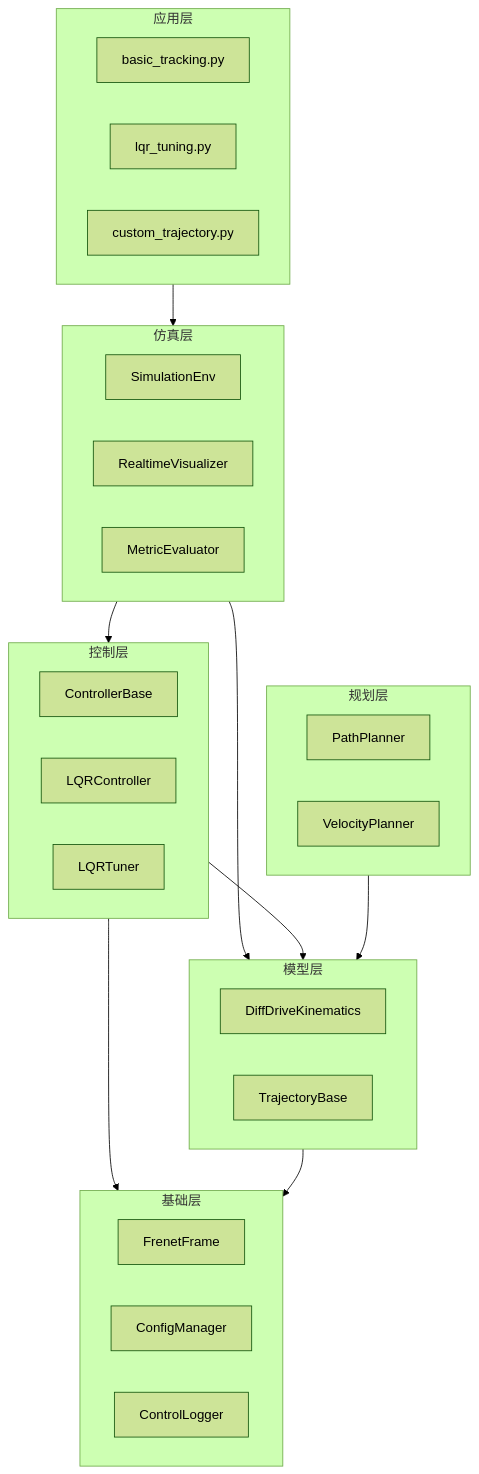
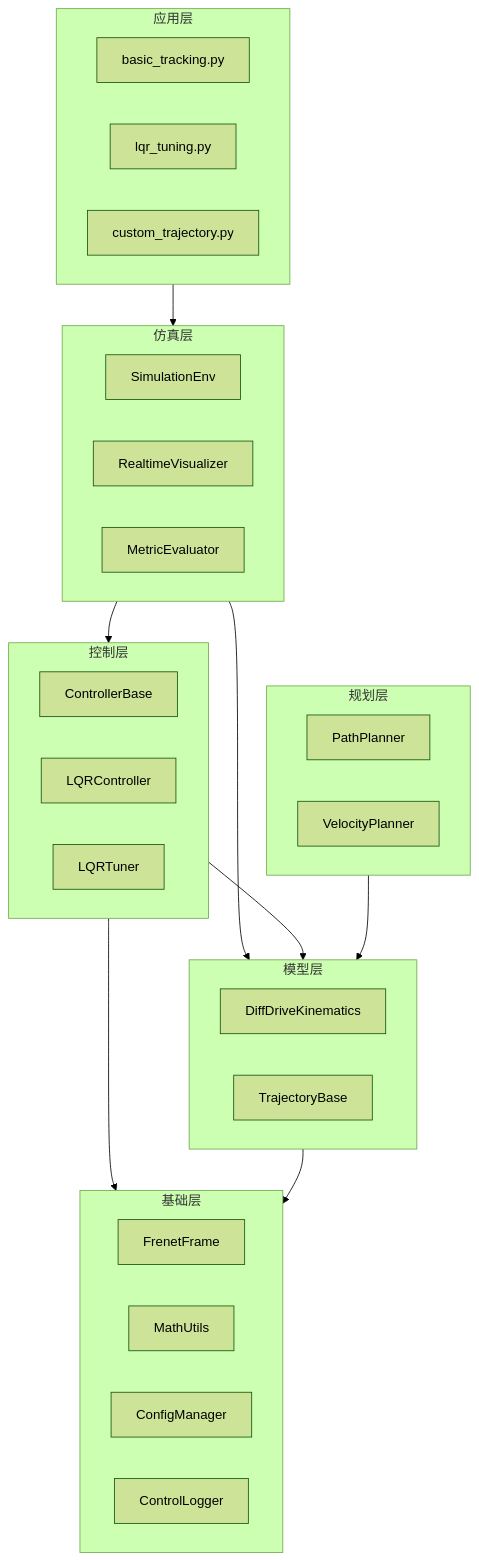
One commit to windyfashion/wheel_project changed the first of 10 diagrams in docs/ARCHITECTURE.md. Above: the diagram before and after it, drawn with Mermaid (forest theme). The commit also changed other lines of this file and 20 other files, not shown here.

````diff
--- a/docs/ARCHITECTURE.md
+++ b/docs/ARCHITECTURE.md
@@ -52,44 +53,45 @@
 ```mermaid
 graph TB
     subgraph Application[应用层]
         EX1[basic_tracking.py]
         EX2[lqr_tuning.py]
         EX3[custom_trajectory.py]
     end
 
     subgraph Simulation[仿真层]
         ENV[SimulationEnv]
         VIS[RealtimeVisualizer]
         MET[MetricEvaluator]
     end
 
     subgraph Control[控制层]
         CTRL[ControllerBase]
         LQR[LQRController]
         TUNER[LQRTuner]
     end
 
     subgraph Planning[规划层]
         PP[PathPlanner]
         VP[VelocityPlanner]
     end
 
     subgraph Model[模型层]
         KIN[DiffDriveKinematics]
         TRAJ[TrajectoryBase]
     end
 
     subgraph Foundation[基础层]
         FREN[FrenetFrame]
+        MATH[MathUtils]
         CFG[ConfigManager]
         LOG[ControlLogger]
     end
 
     Application --> Simulation
     Simulation --> Control
     Simulation --> Model
     Control --> Model
     Control --> Foundation
     Planning --> Model
     Model --> Foundation
 ```
````
